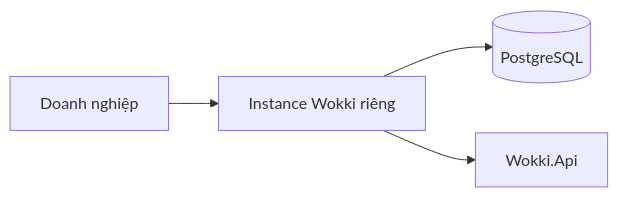
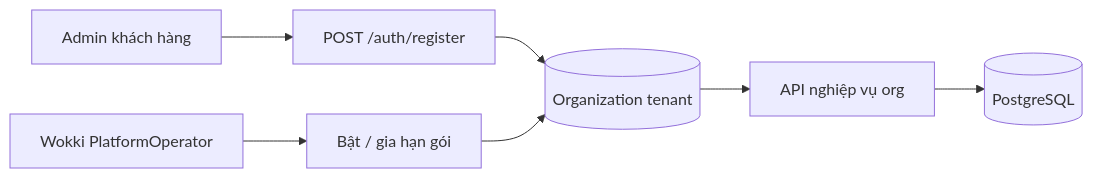
One commit to darrenak403/wokki-server changed the first of 14 diagrams in docs/vi/process-flows.md. Above: the diagram before and after it, drawn with Mermaid. The commit also changed other lines of this file and 70 other files, not shown here.

First line of the commit message:
Enhance documentation for organization package management and branch workspace access

````diff
--- a/docs/vi/process-flows.md
+++ b/docs/vi/process-flows.md
@@ -9,6 +9,9 @@
 ```mermaid
 flowchart LR
-    DN[Doanh nghiệp] --> Instance[Instance Wokki riêng]
-    Instance --> DB[(PostgreSQL)]
-    Instance --> API[Wokki.Api]
+    Customer[Admin khách hàng] --> Register[POST /auth/register]
+    Register --> Org[(Organization tenant)]
+    Platform[Wokki PlatformOperator] --> Package[Bật / gia hạn gói]
+    Package --> Org
+    Org --> API[API nghiệp vụ org]
+    API --> DB[(PostgreSQL)]
 ```
````
